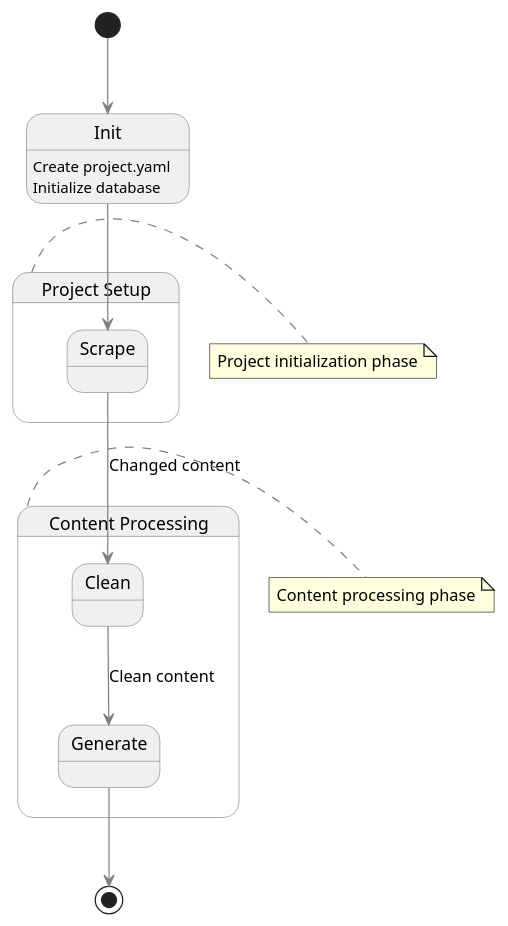
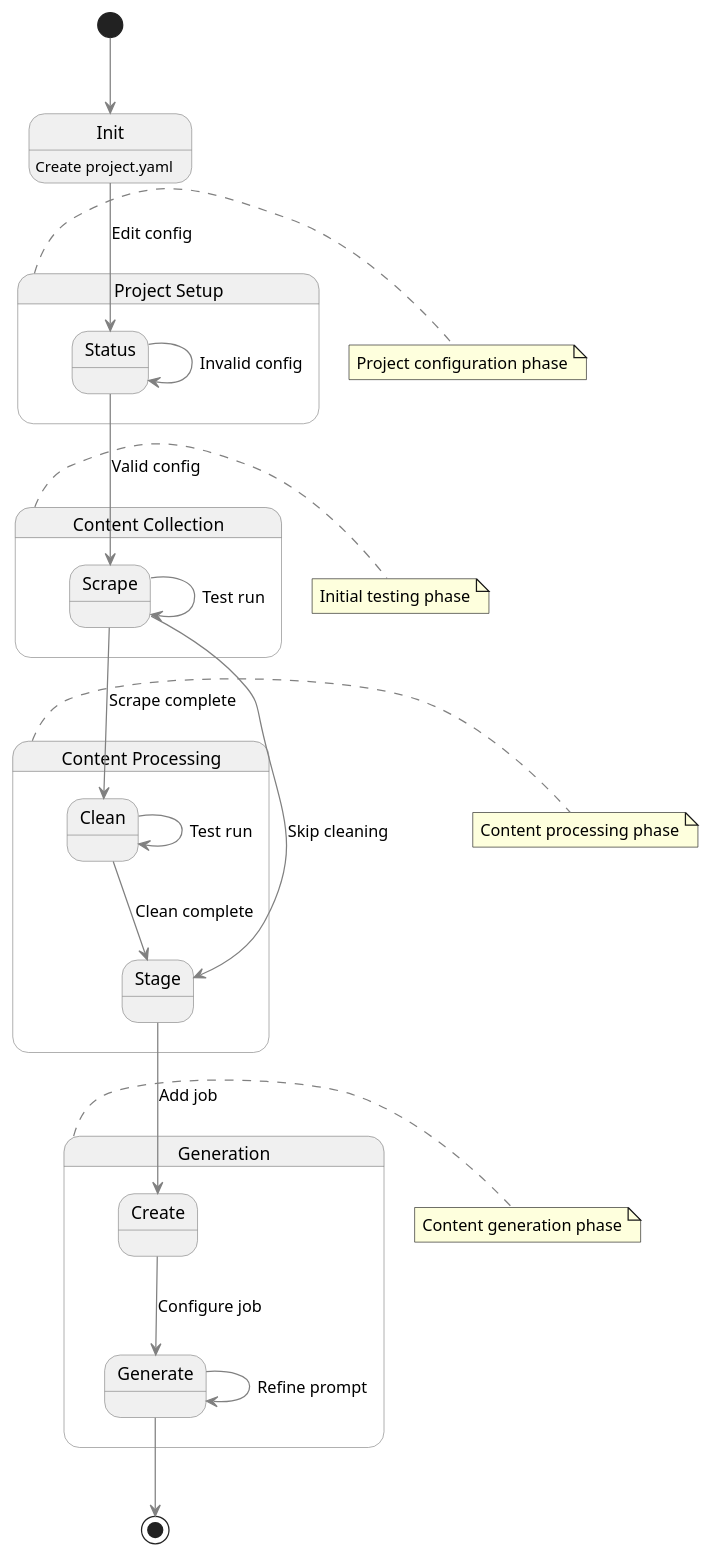
The seventh of 7 diagrams in specs/project.md (olafgeibig/meta-prompter), drawn with PlantUML before and after one commit. The commit also changed other lines of this file and 25 other files, not shown here.

````diff
--- a/specs/project.md
+++ b/specs/project.md
@@ -317,28 +318,43 @@
 ```plantuml
 @startuml
 skinparam backgroundColor #FFFFFF
 skinparam state {
     BackgroundColor #F0F0F0
     BorderColor #808080
     ArrowColor #808080
 }
 
 [*] --> Init
 Init : Create project.yaml
-Init : Initialize database
 
 state "Project Setup" as setup {
-    Init --> Scrape
+    Init --> Status : Edit config
+    Status --> Status : Invalid config
+}
+
+state "Content Collection" as collection {
+    Status --> Scrape : Valid config
+    Scrape --> Scrape : Test run
 }
 
 state "Content Processing" as processing {
-    Scrape --> Clean : Changed content
-    Clean --> Generate : Clean content
+    Scrape --> Clean : Scrape complete
+    Clean --> Clean : Test run
+    Clean --> Stage : Clean complete
+    Scrape --> Stage : Skip cleaning
+}
+
+state "Generation" as generation {
+    Stage --> Create : Add job
+    Create --> Generate : Configure job
+    Generate --> Generate : Refine prompt
 }
 
 Generate --> [*]
 
-note right of setup : Project initialization phase
+note right of setup : Project configuration phase
+note right of collection : Initial testing phase
 note right of processing : Content processing phase
+note right of generation : Content generation phase
 @enduml
 ```
````
